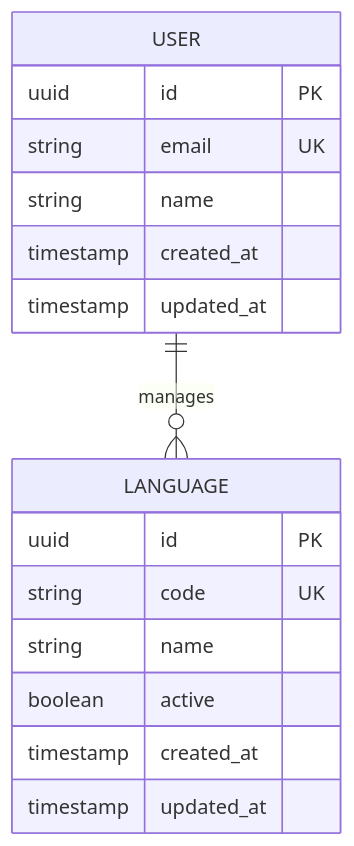
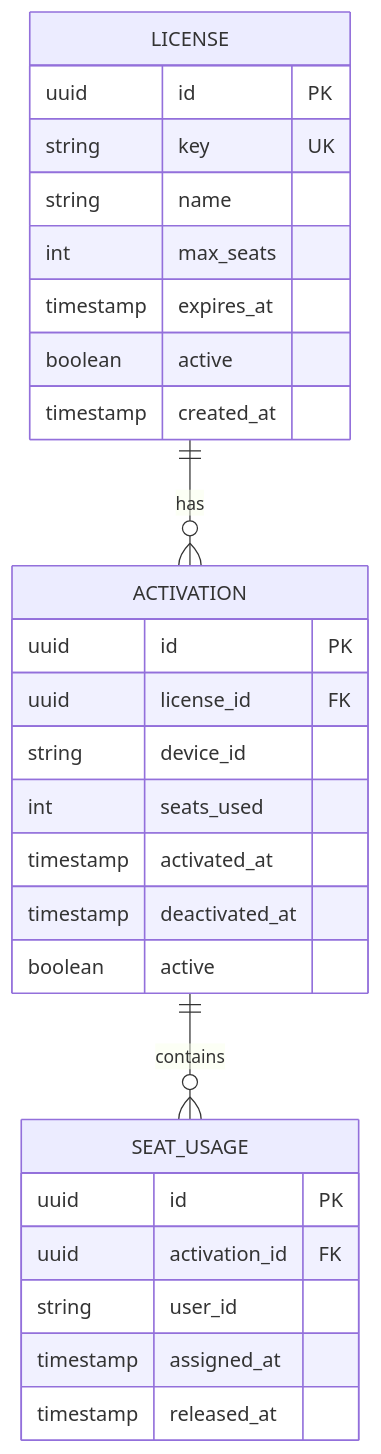
One commit to Mesililm-LLC/api.trackdub changed the fourth of 6 diagrams in .qoder/repowiki/en/content/Architecture Overview/Architecture Overview.md. Above: the diagram before and after it, drawn with Mermaid. The commit also changed other lines of this file and 37 other files, not shown here.

````diff
--- a/.qoder/repowiki/en/content/Architecture Overview/Architecture Overview.md
+++ b/.qoder/repowiki/en/content/Architecture Overview/Architecture Overview.md
@@ -286,19 +259,30 @@
 ```mermaid
 erDiagram
-USER {
+LICENSE {
 uuid id PK
-string email UK
+string key UK
 string name
-timestamp created_at
-timestamp updated_at
-}
-LANGUAGE {
-uuid id PK
-string code UK
-string name
+int max_seats
+timestamp expires_at
 boolean active
 timestamp created_at
-timestamp updated_at
 }
-USER ||--o{ LANGUAGE : "manages"
+ACTIVATION {
+uuid id PK
+uuid license_id FK
+string device_id
+int seats_used
+timestamp activated_at
+timestamp deactivated_at
+boolean active
+}
+SEAT_USAGE {
+uuid id PK
+uuid activation_id FK
+string user_id
+timestamp assigned_at
+timestamp released_at
+}
+LICENSE ||--o{ ACTIVATION : "has"
+ACTIVATION ||--o{ SEAT_USAGE : "contains"
 ```
````
